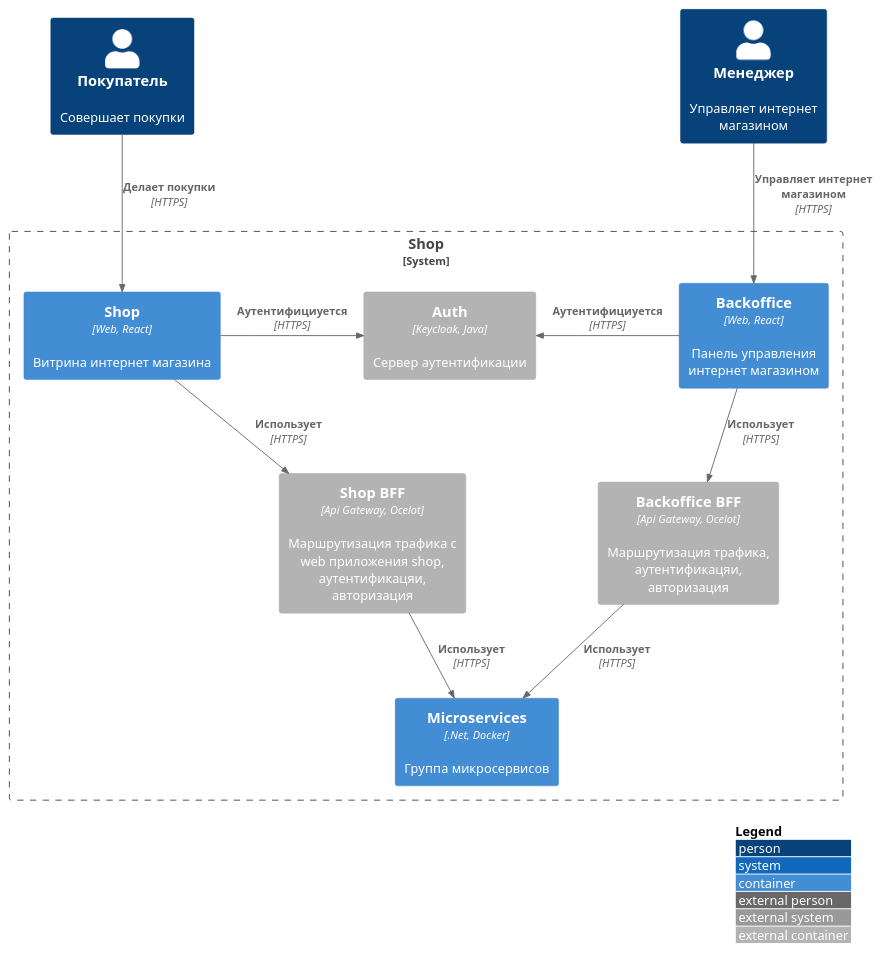
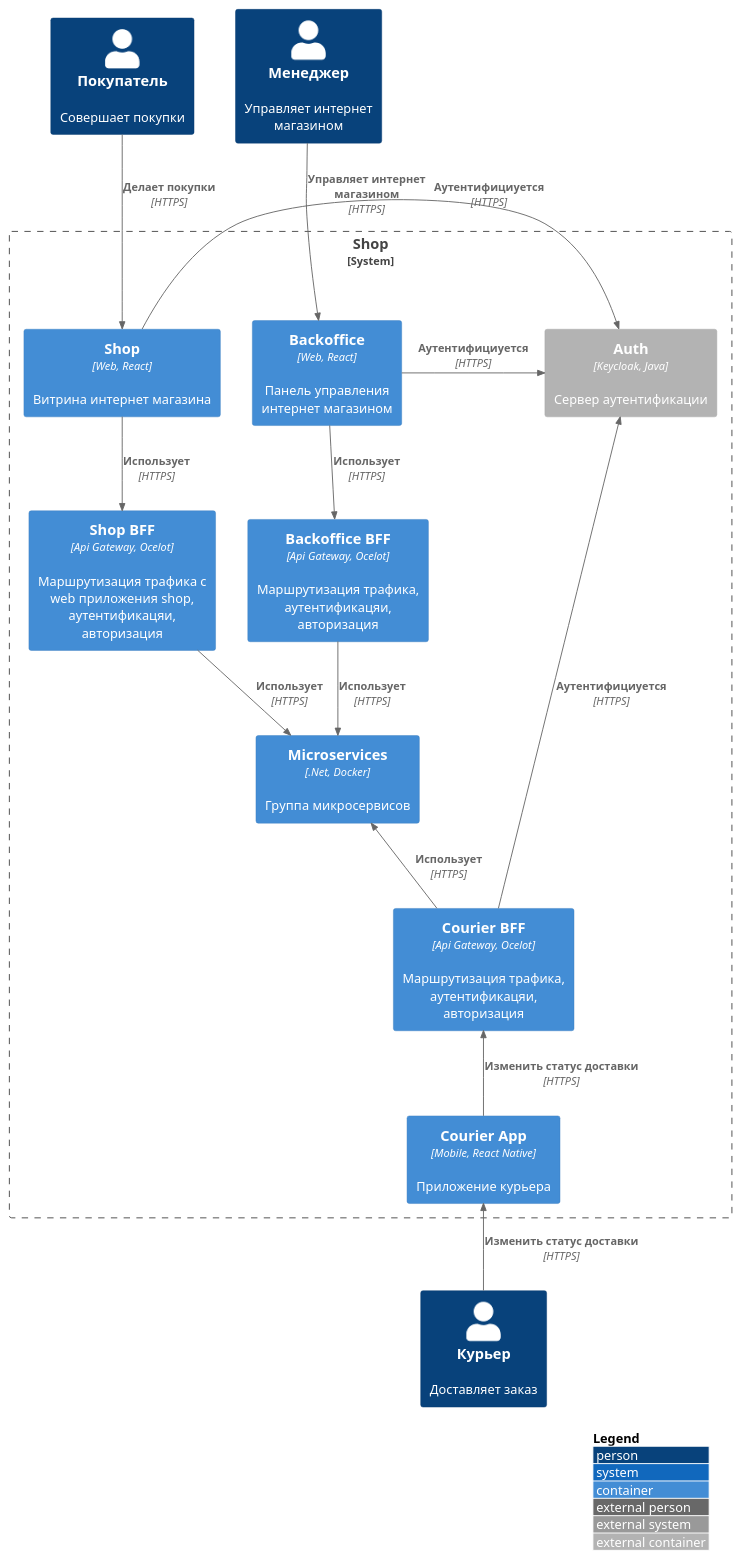
Before and after one commit to gerzhan/knigaexpert-system-design: the second of 4 diagrams in README.md, drawn with PlantUML. The commit also changed other lines of this file and 6 other files, not shown here.

````diff
--- a/README.md
+++ b/README.md
@@ -49,34 +51,43 @@
 ```plantuml
 !include https://raw.githubusercontent.com/plantuml-stdlib/C4-PlantUML/master/C4_Container.puml
 
 skinparam wrapWidth 200
 skinparam maxMessageSize 200
 
 LAYOUT_TOP_DOWN()
 LAYOUT_WITH_LEGEND()
 
 Person(customer, Покупатель, "Совершает покупки")
 Person(manager, Менеджер, "Управляет интернет магазином")
+Person(courier, Курьер, "Доставляет заказ")
 System_Boundary(shop, "Shop") {
 ' Shop
 Container(shop_app, "Shop", "Web, React", "Витрина интернет магазина")
-Container_Ext(shop_bff, "Shop BFF", "Api Gateway, Ocelot", "Маршрутизация трафика c web приложения shop, аутентификацяи, авторизация")
+Container(shop_bff, "Shop BFF", "Api Gateway, Ocelot", "Маршрутизация трафика c web приложения shop, аутентификацяи, авторизация")
 Rel(shop_app, shop_bff, "Использует", "HTTPS")
 Rel(customer, shop_app, "Делает покупки", "HTTPS")
 
 ' Backoffice
 Container(backoffice_app, "Backoffice", "Web, React", "Панель управления интернет магазином")  
-Container_Ext(backoffice_bff, "Backoffice BFF", "Api Gateway, Ocelot", "Маршрутизация трафика, аутентификацяи, авторизация")
+Container(backoffice_bff, "Backoffice BFF", "Api Gateway, Ocelot", "Маршрутизация трафика, аутентификацяи, авторизация")
 Rel(backoffice_app, backoffice_bff, "Использует", "HTTPS")
 Rel(manager, backoffice_app, "Управляет интернет магазином", "HTTPS")
+
+' Сourier App
+Container(courier_app, "Courier App", "Mobile, React Native", "Приложение курьера")  
+Container(courier_bff, "Courier BFF", "Api Gateway, Ocelot", "Маршрутизация трафика, аутентификацяи, авторизация")
+Rel_U(courier_app, courier_bff, "Изменить статус доставки", "HTTPS")
+Rel_U(courier, courier_app, "Изменить статус доставки", "HTTPS")
 
 Container(microservices, "Microservices", ".Net, Docker", "Группа микросервисов")
 Rel(shop_bff, microservices, "Использует", "HTTPS")
 Rel(backoffice_bff, microservices, "Использует", "HTTPS")
+Rel_U(courier_bff, microservices, "Использует", "HTTPS")
 
 ' Services
 Container_Ext(auth, "Auth", "Keycloak, Java", "Сервер аутентификации")
 Rel_R(shop_app, auth, "Аутентифициуется", "HTTPS")
 Rel_L(backoffice_app, auth, "Аутентифициуется", "HTTPS")
+Rel_L(courier_bff, auth, "Аутентифициуется", "HTTPS")
 }
 ```
````
